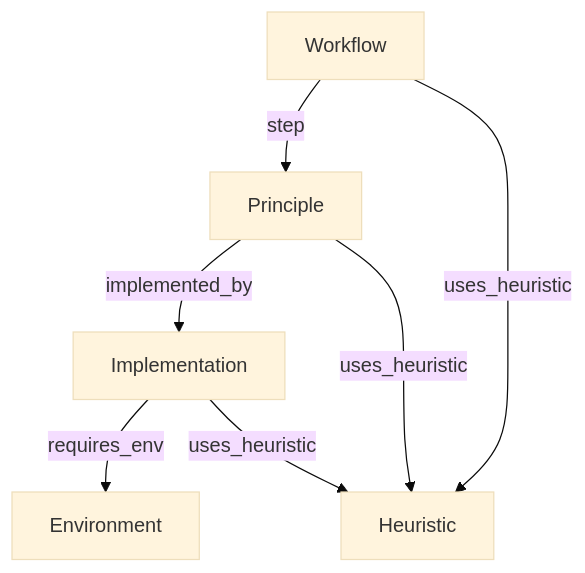
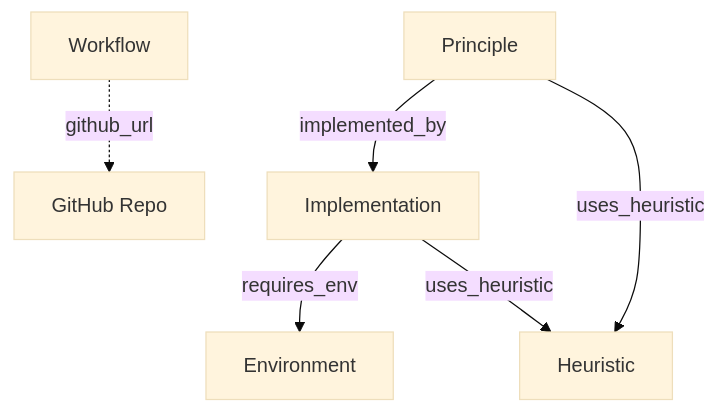
One commit to Leeroo-AI/kapso changed the diagram in src/knowledge/wiki_structure/page_connections.md. Above: the diagram before and after it, drawn with Mermaid (base theme). The commit also changed other lines of this file and 348 other files, not shown here.

````diff
--- a/src/knowledge/wiki_structure/page_connections.md
+++ b/src/knowledge/wiki_structure/page_connections.md
@@ -54,11 +53,10 @@
 ```mermaid
 graph TD
-    W[Workflow] -->|step| P[Principle]
-    W -->|uses_heuristic| H[Heuristic]
+    W[Workflow] -.->|github_url| GH[GitHub Repo]
     
-    P -->|implemented_by| I[Implementation]
-    P -->|uses_heuristic| H
+    P[Principle] -->|implemented_by| I[Implementation]
+    P -->|uses_heuristic| H[Heuristic]
     
     I -->|requires_env| E[Environment]
     I -->|uses_heuristic| H
 ```
````
